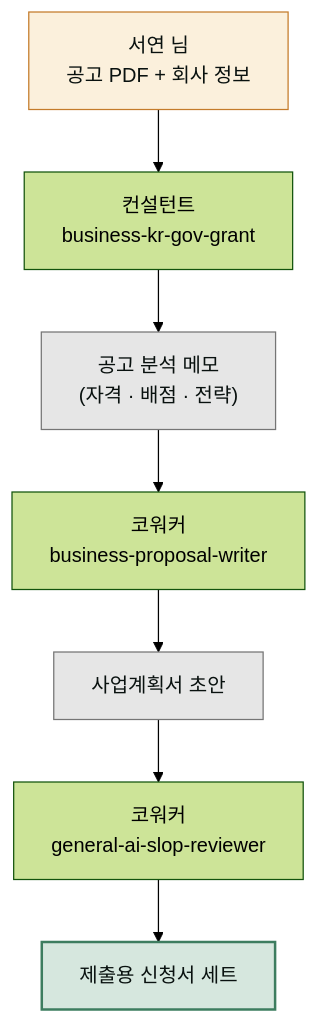
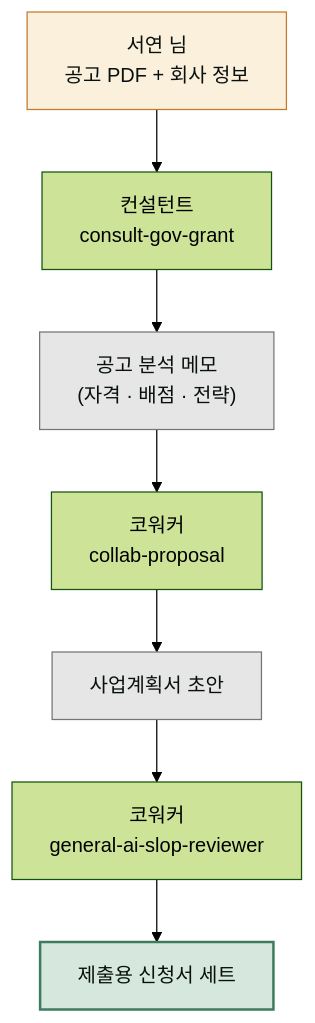
Before and after one commit to modu-ai/cowork-plugins: the diagram in www/content/cookbook/projects/gov-grant-application.md, drawn with Mermaid (forest theme). The commit also changed other lines of this file and 278 other files, not shown here.

````diff
--- a/www/content/cookbook/projects/gov-grant-application.md
+++ b/www/content/cookbook/projects/gov-grant-application.md
@@ -53,14 +53,14 @@
 ```mermaid
 flowchart TD
-   U["서연 님<br/>공고 PDF + 회사 정보"] --> C1["컨설턴트<br/>business-kr-gov-grant"]
+   U["서연 님<br/>공고 PDF + 회사 정보"] --> C1["컨설턴트<br/>consult-gov-grant"]
    C1 --> R1["공고 분석 메모<br/>(자격 · 배점 · 전략)"]
-   R1 --> W1["코워커<br/>business-proposal-writer"]
+   R1 --> W1["코워커<br/>collab-proposal"]
    W1 --> R2["사업계획서 초안"]
    R2 --> W2["코워커<br/>general-ai-slop-reviewer"]
    W2 --> OUT["제출용 신청서 세트"]
 
    style U fill:#fbf0dc,stroke:#c47b2a,color:#09110f
    style R1 fill:#e6e6e6,stroke:#757575,color:#09110f
    style R2 fill:#e6e6e6,stroke:#757575,color:#09110f
    style OUT fill:#d6e7de,stroke:#3d7d5f,stroke-width:2px,color:#09110f
 ```
````
